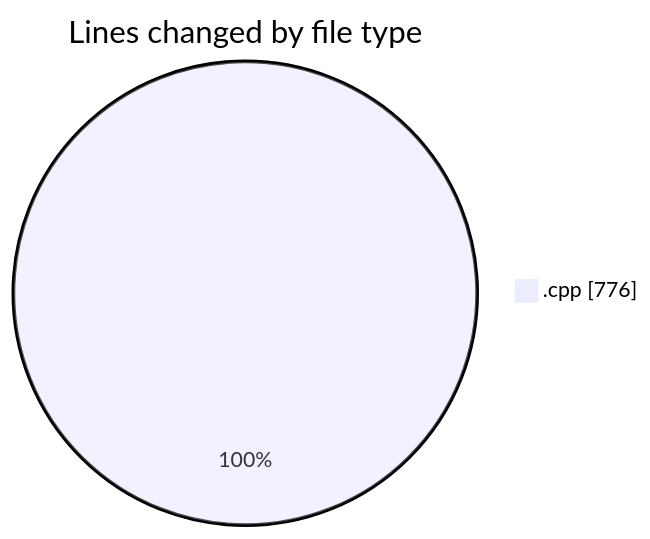
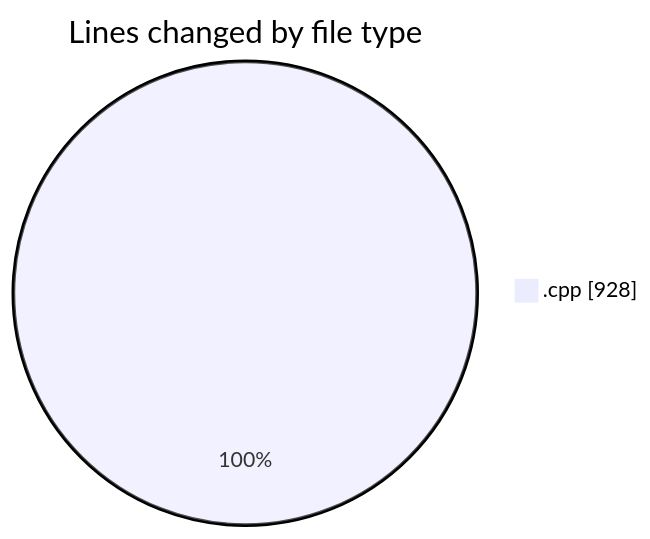
One commit to Ritupan-Deka/code-tracking changed the first of 2 diagrams in 2025-06-21/refinedproject/README.md. Above: the diagram before and after it, drawn with Mermaid. The commit also changed other lines of this file and 1 other file, not shown here.

````diff
--- a/2025-06-21/refinedproject/README.md
+++ b/2025-06-21/refinedproject/README.md
@@ -22,5 +22,5 @@
 ```mermaid
 pie showData
 title Lines changed by file type
-".cpp" : 776
+".cpp" : 928
 ```
````
